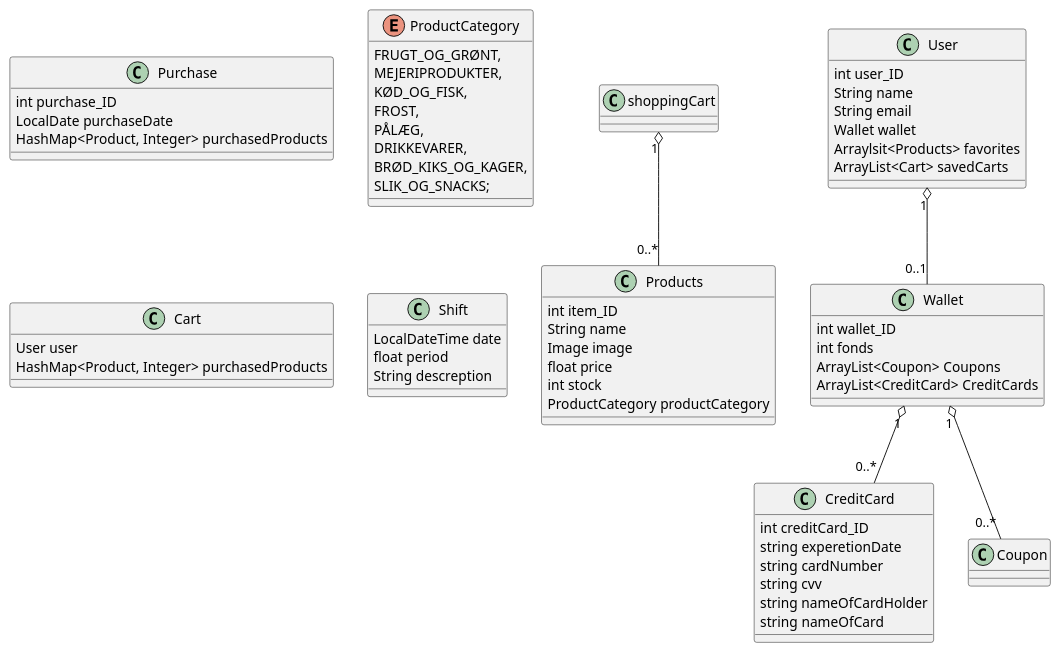
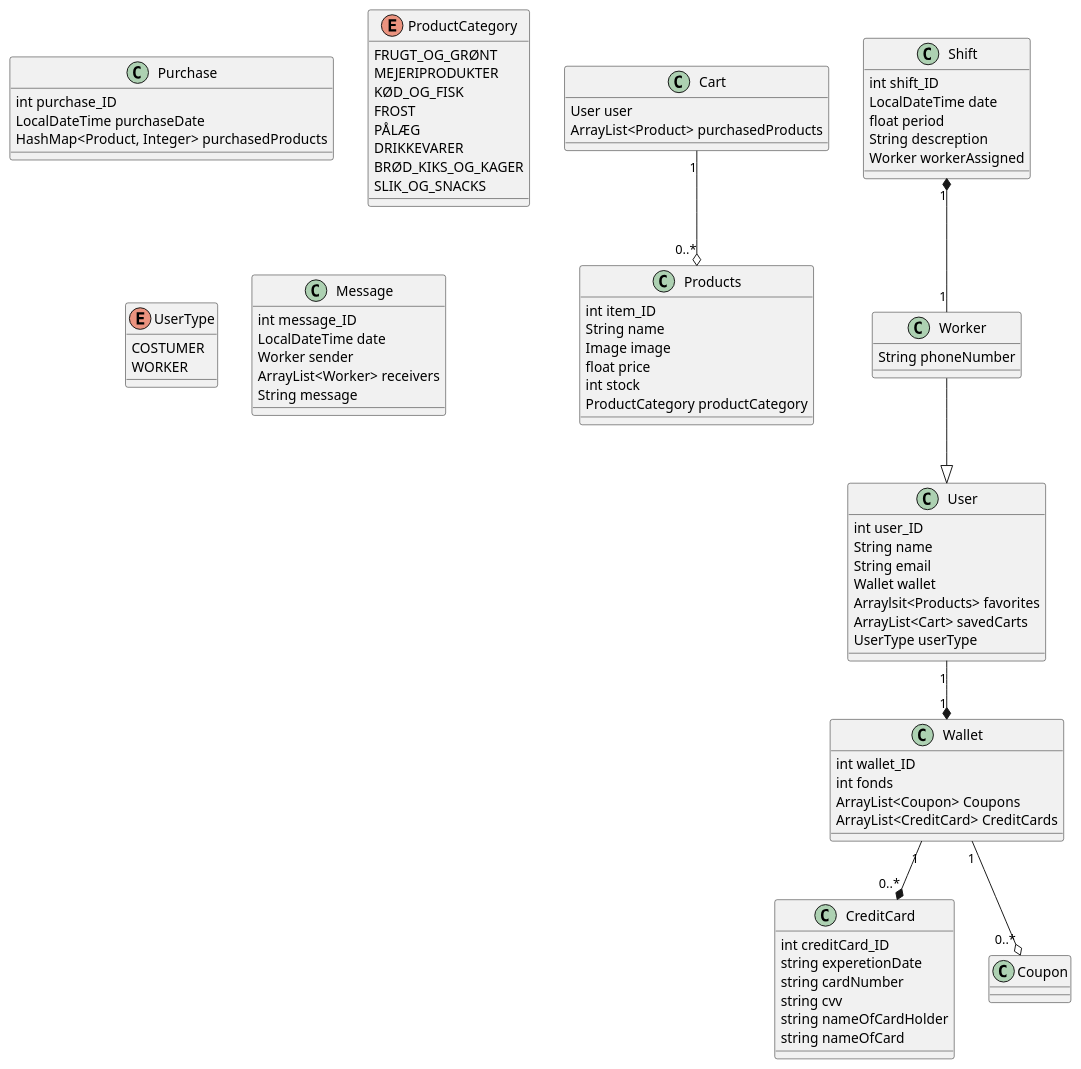
One commit to AJungersen/DDU-Eksamensprojekt changed the diagram in Class diagram.wsd. Above: the diagram before and after it, drawn with PlantUML. The commit also changed 4 other files, not shown here.

```diff
--- a/Class diagram.wsd
+++ b/Class diagram.wsd
@@ -1,74 +1,98 @@
 @startuml
 class Products {
     int item_ID
     String name
     Image image
     float price
     int stock
     ProductCategory productCategory
 }
 
 class User {
     int user_ID
     String name
     String email
     Wallet wallet
     Arraylsit<Products> favorites
     ArrayList<Cart> savedCarts
+    UserType userType
 }
 
 
 Class Wallet {
     int wallet_ID
     int fonds
     ArrayList<Coupon> Coupons
     ArrayList<CreditCard> CreditCards
 }
 
 class CreditCard {
     int creditCard_ID
     string experetionDate
     string cardNumber
     string cvv
     string nameOfCardHolder
     string nameOfCard
 }
 
 class Coupon {
 
 }
 
 class Purchase {
     int purchase_ID
-    LocalDate purchaseDate
+    LocalDateTime purchaseDate
     HashMap<Product, Integer> purchasedProducts
 }
 
 enum ProductCategory {
-    FRUGT_OG_GRØNT,
-    MEJERIPRODUKTER,
-    KØD_OG_FISK,
-    FROST,
-    PÅLÆG,
-    DRIKKEVARER,
-    BRØD_KIKS_OG_KAGER,
-    SLIK_OG_SNACKS;
+    FRUGT_OG_GRØNT
+    MEJERIPRODUKTER
+    KØD_OG_FISK
+    FROST
+    PÅLÆG
+    DRIKKEVARER
+    BRØD_KIKS_OG_KAGER
+    SLIK_OG_SNACKS
+}
+
+enum UserType {
+    COSTUMER
+    WORKER
 }
 
 class Cart {
     User user
-    HashMap<Product, Integer> purchasedProducts
+    ArrayList<Product> purchasedProducts
+}
+
+'medarbejder del
+class Worker {
+    String phoneNumber
 }
 
 class Shift {
+    int shift_ID
     LocalDateTime date
     float period
     String descreption
+    Worker workerAssigned
 }
 
-Wallet "1" o-- "0..*" Coupon
-Wallet "1" o-- "0..*" CreditCard
-User "1" o-- "0..1" Wallet
-shoppingCart "1" o-- "0..*" Products
+class Message {
+    int message_ID
+    LocalDateTime date
+    Worker sender
+    ArrayList<Worker> receivers
+    String message
+}
+
+Wallet "1" --o "0..*" Coupon
+Wallet "1" --* "0..*" CreditCard
+User "1" --* "1" Wallet
+Cart "1" --o "0..*" Products
+
+Worker --|> User
+Shift "1" *-- "1" Worker
 
 @enduml
```
